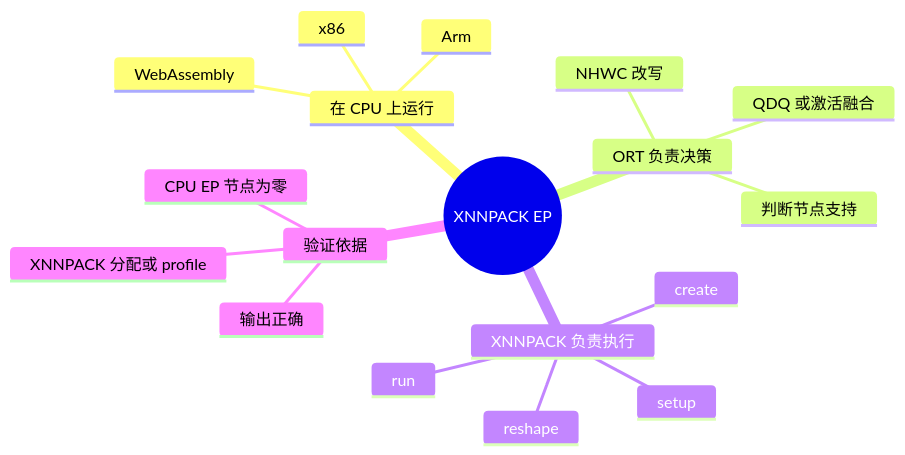
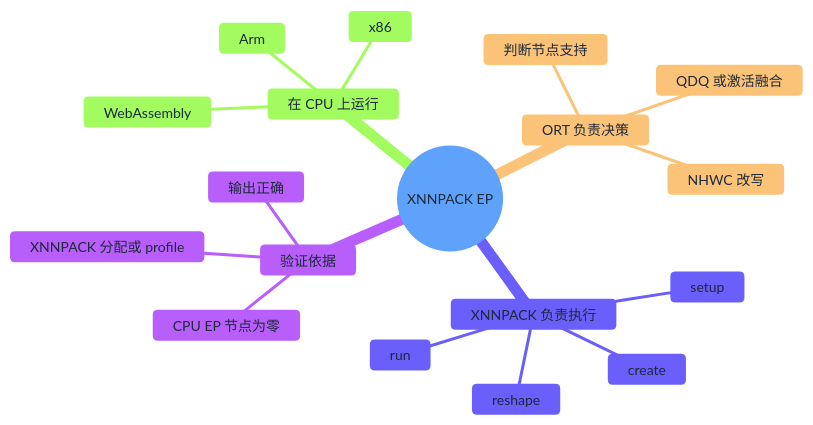
Before and after one commit to DakeQQ/Tutorial-ONNX-Runtime-Execution-Providers: the third of 11 diagrams in XNNPACK/README.zh-CN.md, drawn with Mermaid. The commit also changed other lines of this file and 15 other files, not shown here.

````diff
--- a/XNNPACK/README.zh-CN.md
+++ b/XNNPACK/README.zh-CN.md
@@ -75,22 +145,22 @@
 ```mermaid
-%%{init: {"themeCSS": ".mindmap-node text { fill: #20242b !important; } .mindmap-node span { color: #20242b !important; } .mindmap-node.root rect, .mindmap-node.root circle { fill: #ffffff !important; stroke: #20242b !important; } .mindmap-node.root text { fill: #000000 !important; } .mindmap-node.root span { color: #000000 !important; }"}}%%
+%%{init: {"theme":"base","themeVariables":{"fontSize":"14px","primaryColor":"#dbeafe","primaryTextColor":"#1e293b","primaryBorderColor":"#3b82f6","lineColor":"#94a3b8"},"themeCSS":".mindmap-node text{fill:#1e293b !important;} .mindmap-node span{color:#1e293b !important;} .mindmap-node.root rect, .mindmap-node.root circle { fill: #ffffff !important; stroke: #20242b !important; } .mindmap-node.root text { fill: #000000 !important; } .mindmap-node.root span { color: #000000 !important; }"}}%%
 mindmap
     root((XNNPACK EP))
         在 CPU 上运行
             Arm
             x86
             WebAssembly
         ORT 负责决策
             判断节点支持
             NHWC 改写
             QDQ 或激活融合
         XNNPACK 负责执行
             create
             reshape
             setup
             run
         验证依据
             输出正确
             XNNPACK 分配或 profile
             CPU EP 节点为零
 ```
````
